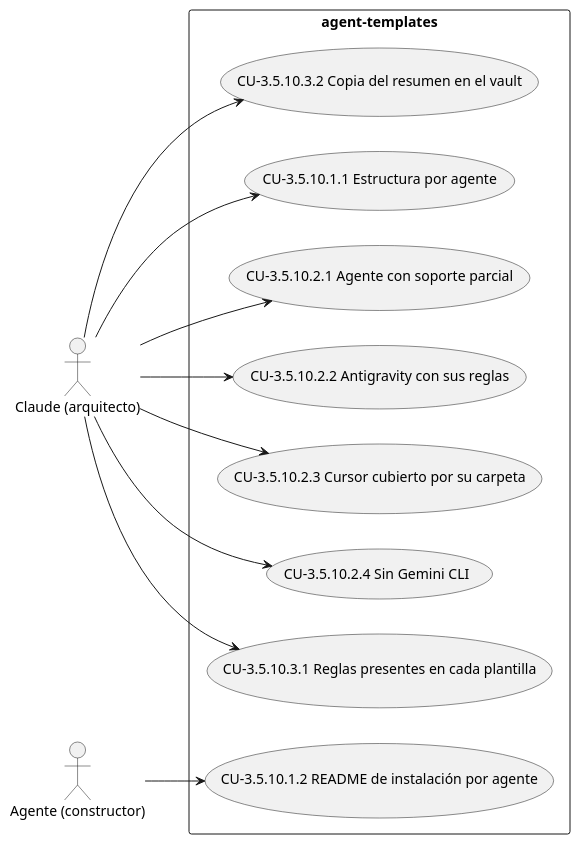
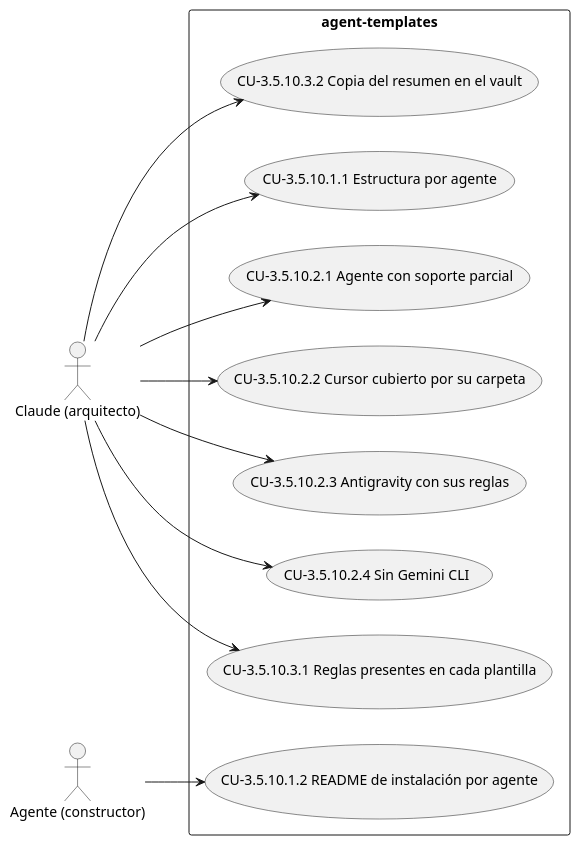
One commit to Lautaro-Montecchiani/sdd-global-config changed the tenth of 11 diagrams in docs/srs.md. Above: the diagram before and after it, drawn with PlantUML. The commit also changed other lines of this file, not shown here.

````diff
--- a/docs/srs.md
+++ b/docs/srs.md
@@ -1380,25 +1387,25 @@
 ```plantuml
 @startuml
 left to right direction
 actor "Claude (arquitecto)" as A1
 actor "Agente (constructor)" as A2
 rectangle "agent-templates" {
   usecase "CU-3.5.10.1.1 Estructura por agente" as UC_3_5_10_1_1
   usecase "CU-3.5.10.1.2 README de instalación por agente" as UC_3_5_10_1_2
   usecase "CU-3.5.10.2.1 Agente con soporte parcial" as UC_3_5_10_2_1
-  usecase "CU-3.5.10.2.2 Antigravity con sus reglas" as UC_3_5_10_2_2
-  usecase "CU-3.5.10.2.3 Cursor cubierto por su carpeta" as UC_3_5_10_2_3
+  usecase "CU-3.5.10.2.2 Cursor cubierto por su carpeta" as UC_3_5_10_2_2
+  usecase "CU-3.5.10.2.3 Antigravity con sus reglas" as UC_3_5_10_2_3
   usecase "CU-3.5.10.2.4 Sin Gemini CLI" as UC_3_5_10_2_4
   usecase "CU-3.5.10.3.1 Reglas presentes en cada plantilla" as UC_3_5_10_3_1
   usecase "CU-3.5.10.3.2 Copia del resumen en el vault" as UC_3_5_10_3_2
 }
 A1 --> UC_3_5_10_1_1
 A2 --> UC_3_5_10_1_2
 A1 --> UC_3_5_10_2_1
 A1 --> UC_3_5_10_2_2
 A1 --> UC_3_5_10_2_3
 A1 --> UC_3_5_10_2_4
 A1 --> UC_3_5_10_3_1
 A1 --> UC_3_5_10_3_2
 @enduml
 ```
````
